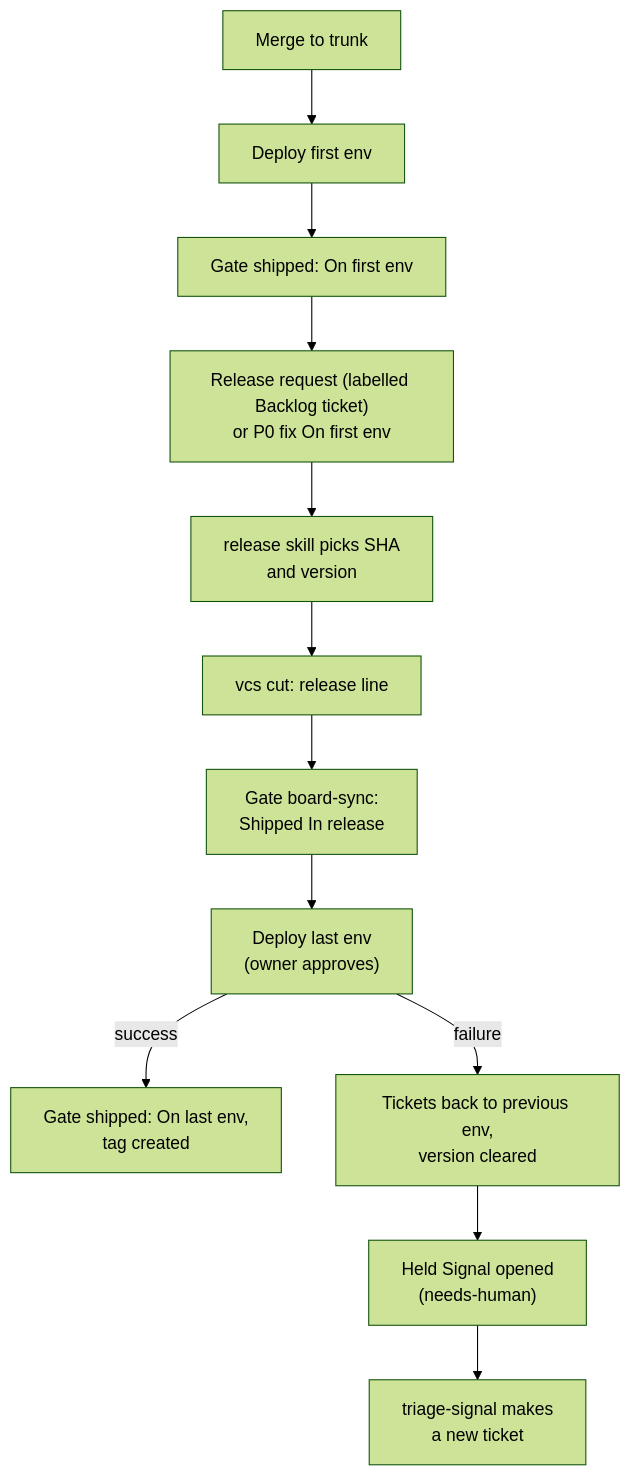
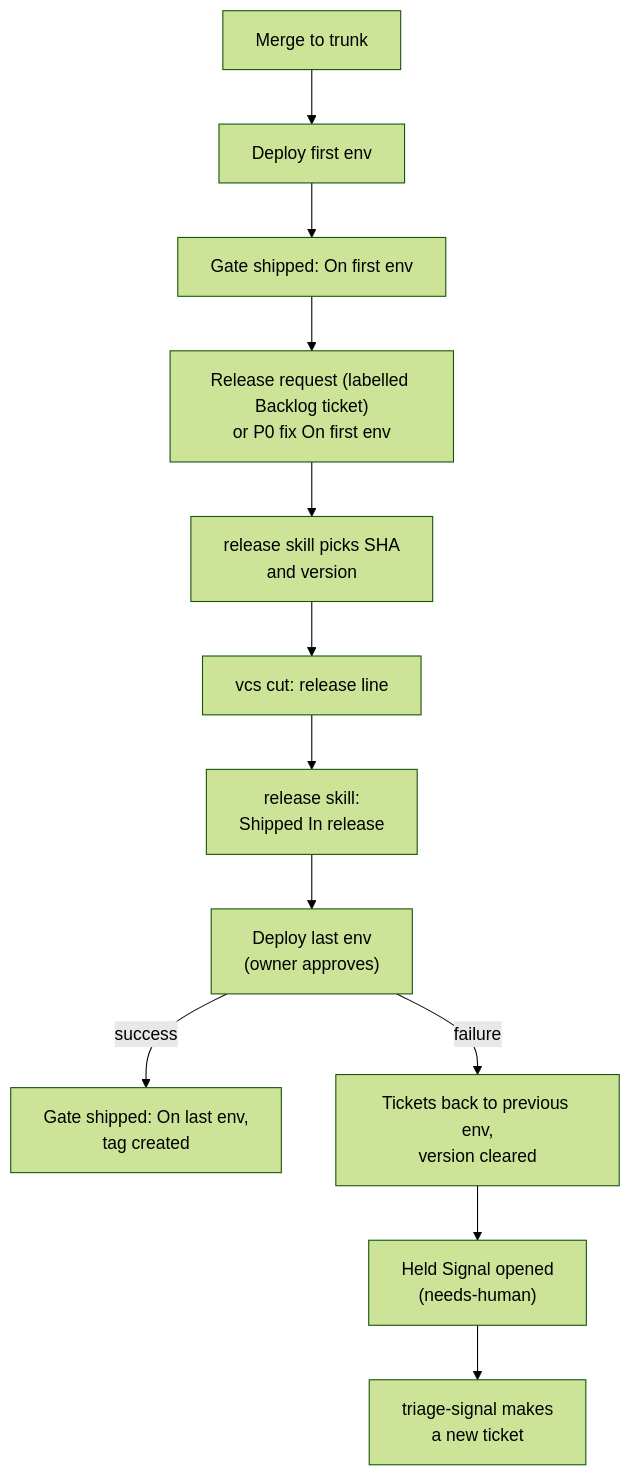
One commit to dmitriywind/agentic-sdlc changed the fourth of 9 diagrams in docs/architecture/flows.md. Above: the diagram before and after it, drawn with Mermaid (forest theme). The commit also changed other lines of this file and 34 other files, not shown here.

First line of the commit message:
step 1: one writer per board transition (gate merged replaces board-sync)

````diff
--- a/docs/architecture/flows.md
+++ b/docs/architecture/flows.md
@@ -130,14 +131,14 @@
 ```mermaid
 flowchart TD
   M["Merge to trunk"] --> D1["Deploy first env"]
   D1 --> SG["Gate shipped: On first env"]
   SG --> RL["Release request (labelled Backlog ticket)<br/>or P0 fix On first env"]
   RL --> RS["release skill picks SHA<br/>and version"]
   RS --> CUT["vcs cut: release line"]
-  CUT --> IR["Gate board-sync:<br/>Shipped In release"]
+  CUT --> IR["release skill:<br/>Shipped In release"]
   IR --> D2["Deploy last env<br/>(owner approves)"]
   D2 -->|"success"| OK["Gate shipped: On last env,<br/>tag created"]
   D2 -->|"failure"| FAIL["Tickets back to previous env,<br/>version cleared"]
   FAIL --> SIG["Held Signal opened<br/>(needs-human)"]
   SIG --> TR["triage-signal makes<br/>a new ticket"]
 ```
````
